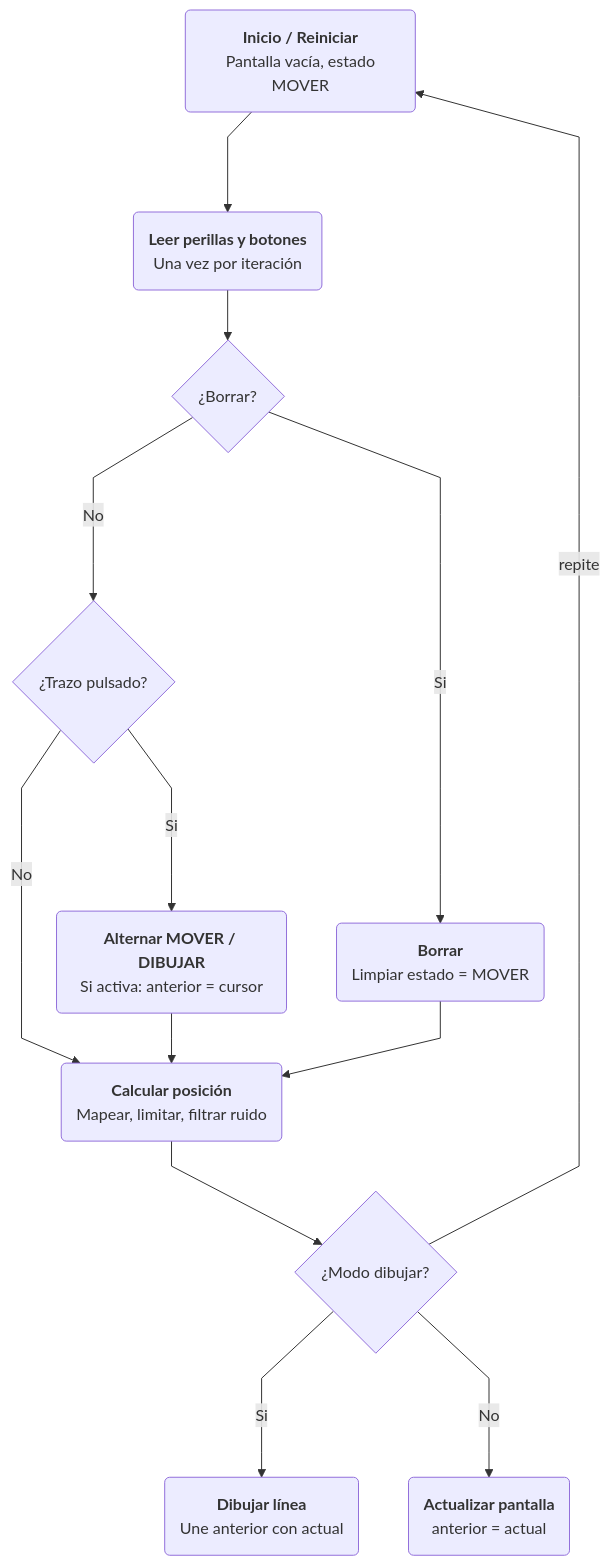
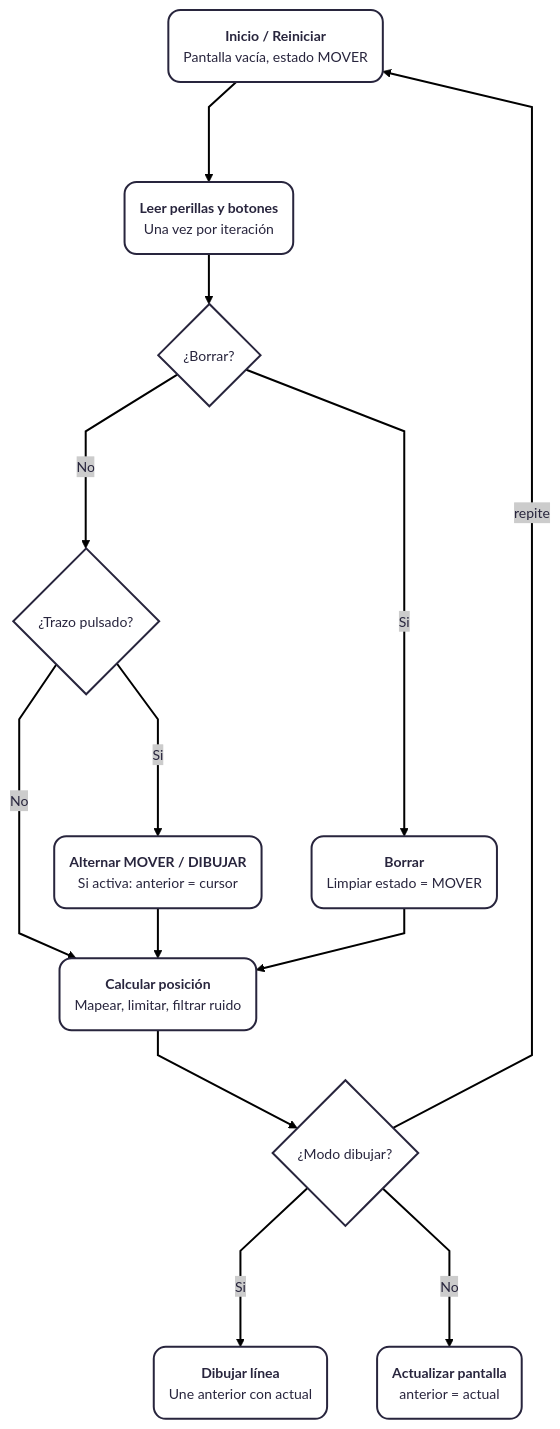
The first of 3 diagrams in 22-sz-mada/sesion-11a/README.md (Anaisbmg/dis8645-2026-2-procesos-2), drawn with Mermaid before and after one commit. The commit also changed other lines of this file, not shown here.

Commit message:
Change Mermaid theme settings in README.md
Updated the Mermaid diagram themes in the README file.

````diff
--- a/22-sz-mada/sesion-11a/README.md
+++ b/22-sz-mada/sesion-11a/README.md
@@ -9,21 +9,21 @@
 ```mermaid
-%%{ init : { "theme" : "default", "flowchart" : { "curve" : "linear" }}}%%
+%%{ init : { "theme" : "redux-color", "flowchart" : { "curve" : "linear" }}}%%
 %%                                ^^^^^^^^^^^^^^^^^^^^^^^^^^^^^^^^^^^^
 
 flowchart TD
 
 %%==============================================================================
 
     A(<b>Inicio / Reiniciar</b>\n Pantalla vacía, estado MOVER)--->B(<b>Leer perillas y botones</b>\nUna vez por iteración);
     B-->C{¿Borrar?};
     C--->|No|D{¿Trazo pulsado?};
     C-->|Si|E(<b>Borrar</b>\nLimpiar estado = MOVER);
     D-->|No|F(<b>Calcular posición</b>\nMapear, limitar, filtrar ruido);
     D--->|Si|G(<b>Alternar MOVER / DIBUJAR</b>\nSi activa: anterior = cursor);
     E-->F;
     G-->F;
     F-->H{¿Modo dibujar?};
     H--->|Si|I(<b>Dibujar línea</b>\nUne anterior con actual);
     H--->|No|J(<b>Actualizar pantalla</b>\nanterior = actual);
     H-->|repite|A;
 ```
````
